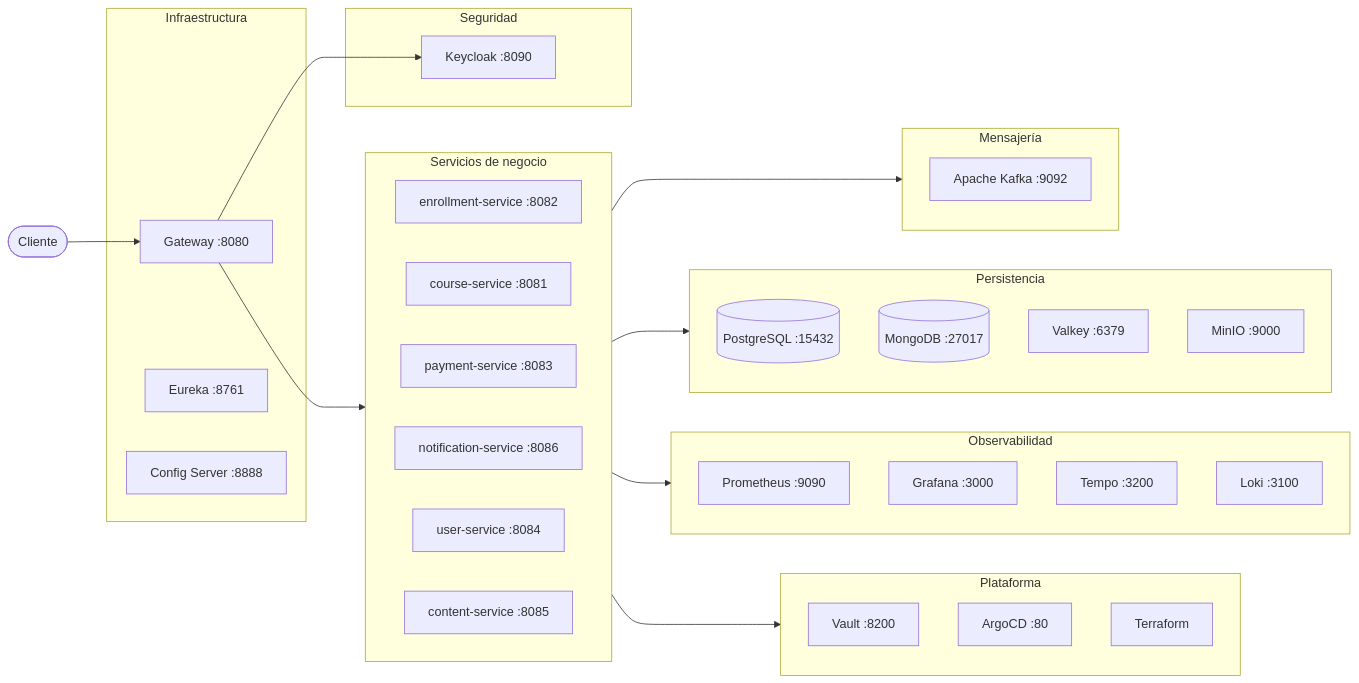
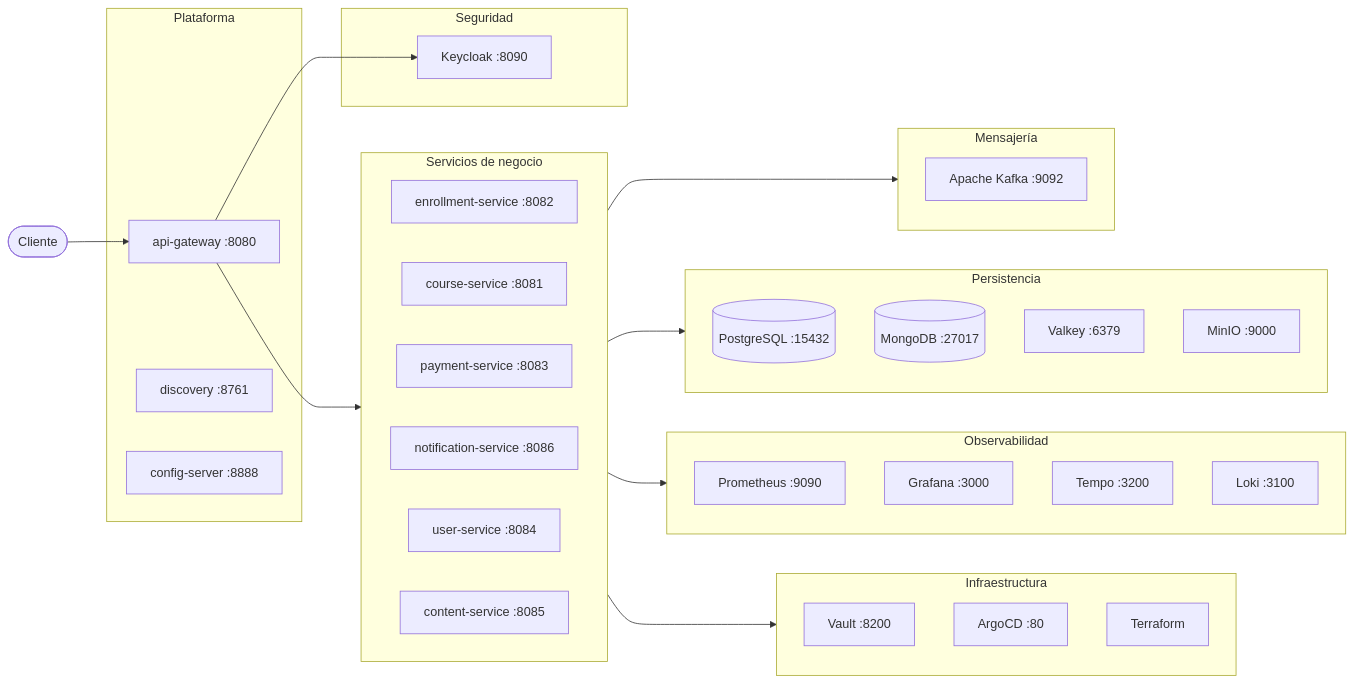
The first of 2 diagrams in README.md (paideia-code/paideia-poc-microservices-spring), drawn with Mermaid before and after one commit. The commit also changed other lines of this file and 190 other files, not shown here.

````diff
--- a/README.md
+++ b/README.md
@@ -12,58 +7,57 @@
 ```mermaid
 flowchart LR
     Client --> GW
     GW --> KC
     GW --> svc
     svc --> msg
     svc --> store
     svc --> obs
-    svc --> plat
+    svc --> infra
 
     Client(["Cliente"])
 
     subgraph svc["Servicios de negocio"]
         direction LR
         Enrollment["enrollment-service :8082"]
         Course["course-service :8081"]
         Payment["payment-service :8083"]
         Notification["notification-service :8086"]
         User["user-service :8084"]
         Content["content-service :8085"]
     end
 
-    subgraph infra["Infraestructura"]
-    
-        GW["Gateway :8080"]
-        EUR["Eureka :8761"]
-        CFG["Config Server :8888"]
+    subgraph plat["Plataforma"]
+        GW["api-gateway :8080"]
+        EUR["discovery :8761"]
+        CFG["config-server :8888"]
     end
 
     subgraph sec["Seguridad"]
-    
+
         KC["Keycloak :8090"]
     end
-        
+
     subgraph msg["Mensajería"]
         KF["Apache Kafka :9092"]
     end
-    
+
     subgraph store["Persistencia"]
         PG[("PostgreSQL :15432")]
         MDB[("MongoDB :27017")]
         VK["Valkey :6379"]
         MN["MinIO :9000"]
     end
-    
+
     subgraph obs["Observabilidad"]
         PRO["Prometheus :9090"]
         GRF["Grafana :3000"]
         TEMPO["Tempo :3200"]
         LOKI["Loki :3100"]
     end
-    
-    subgraph plat["Plataforma"]
+
+    subgraph infra["Infraestructura"]
         VAULT["Vault :8200"]
         ARGOCD["ArgoCD :80"]
         TF["Terraform"]
     end
 ```
````
